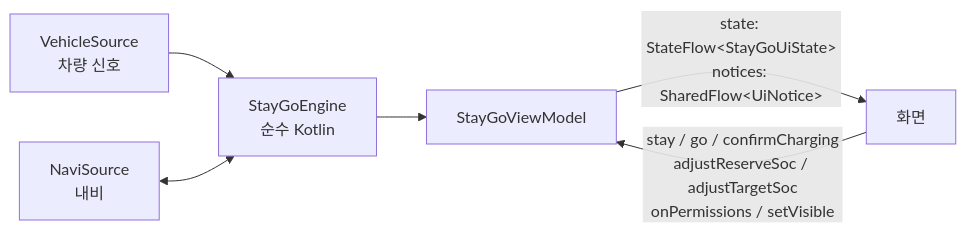
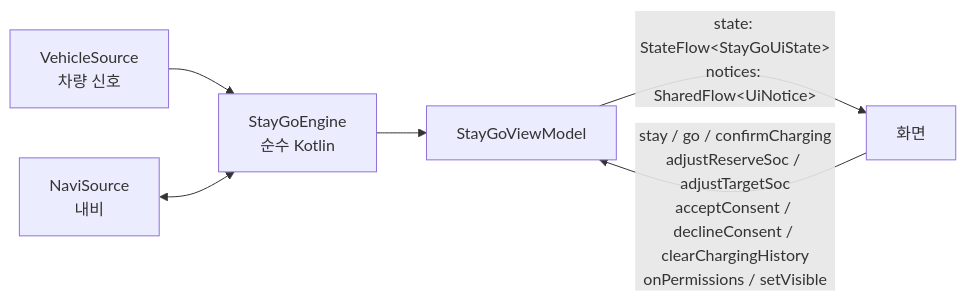
Before and after one commit to NL-Hackerton/Hyundai-Car-App-Challenge-2026: the diagram in apps/staygo/docs/UI_CONTRACT.md, drawn with Mermaid. The commit also changed other lines of this file and 42 other files, not shown here.

````diff
--- a/apps/staygo/docs/UI_CONTRACT.md
+++ b/apps/staygo/docs/UI_CONTRACT.md
@@ -7,8 +7,8 @@
 ```mermaid
 flowchart LR
     V[VehicleSource<br/>차량 신호] --> E
     N[NaviSource<br/>내비] <--> E
     E[StayGoEngine<br/>순수 Kotlin] --> VM[StayGoViewModel]
     VM -- "state: StateFlow&lt;StayGoUiState&gt;<br/>notices: SharedFlow&lt;UiNotice&gt;" --> UI[화면]
-    UI -- "stay / go / confirmCharging<br/>adjustReserveSoc / adjustTargetSoc<br/>onPermissions / setVisible" --> VM
+    UI -- "stay / go / confirmCharging<br/>adjustReserveSoc / adjustTargetSoc<br/>acceptConsent / declineConsent / clearChargingHistory<br/>onPermissions / setVisible" --> VM
 ```
````
